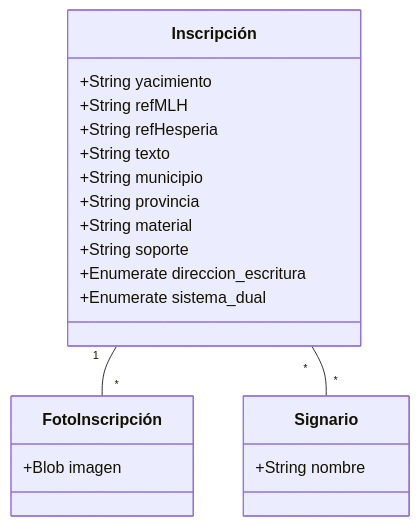
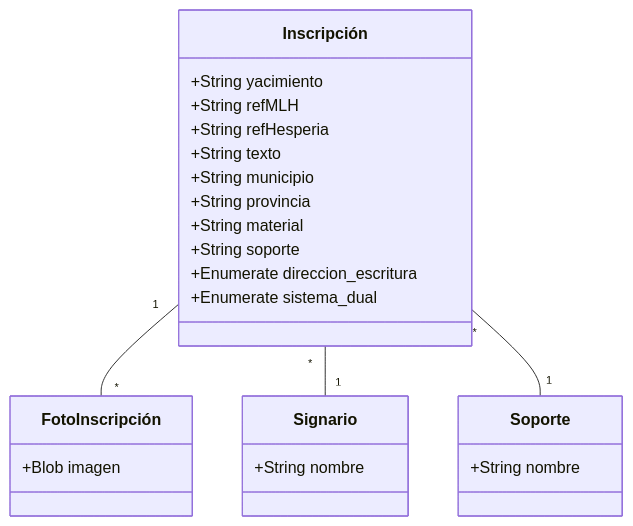
The diagram in class_diagram.md (gonmarfer2/palaeohispanic_inscription_catalogue), drawn with Mermaid before and after one commit.

Commit message:
FIX: adapt class diagram to actual model

````diff
--- a/class_diagram.md
+++ b/class_diagram.md
@@ -1,23 +1,27 @@
 ```mermaid
 classDiagram
     class Inscripción {
         +String yacimiento
         +String refMLH
         +String refHesperia
         +String texto
         +String municipio
         +String provincia
         +String material
         +String soporte
         +Enumerate direccion_escritura
         +Enumerate sistema_dual
     }
     class FotoInscripción {
         +Blob imagen
     }
     class Signario {
         +String nombre
     }
+    class Soporte {
+        +String nombre
+    }
     Inscripción "1" -- "*" FotoInscripción
-    Inscripción "*" -- "*" Signario
+    Inscripción "*" -- "1" Signario
+    Inscripción "*" -- "1" Soporte
 ```
````
